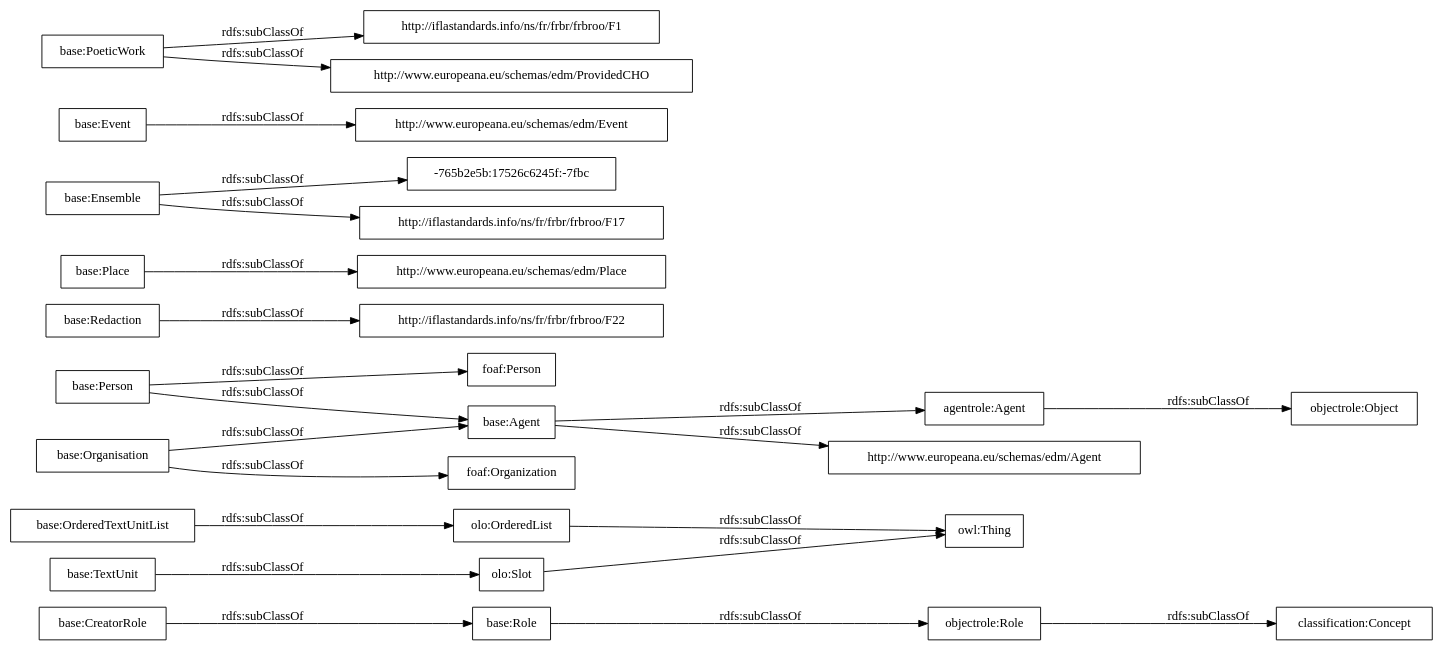
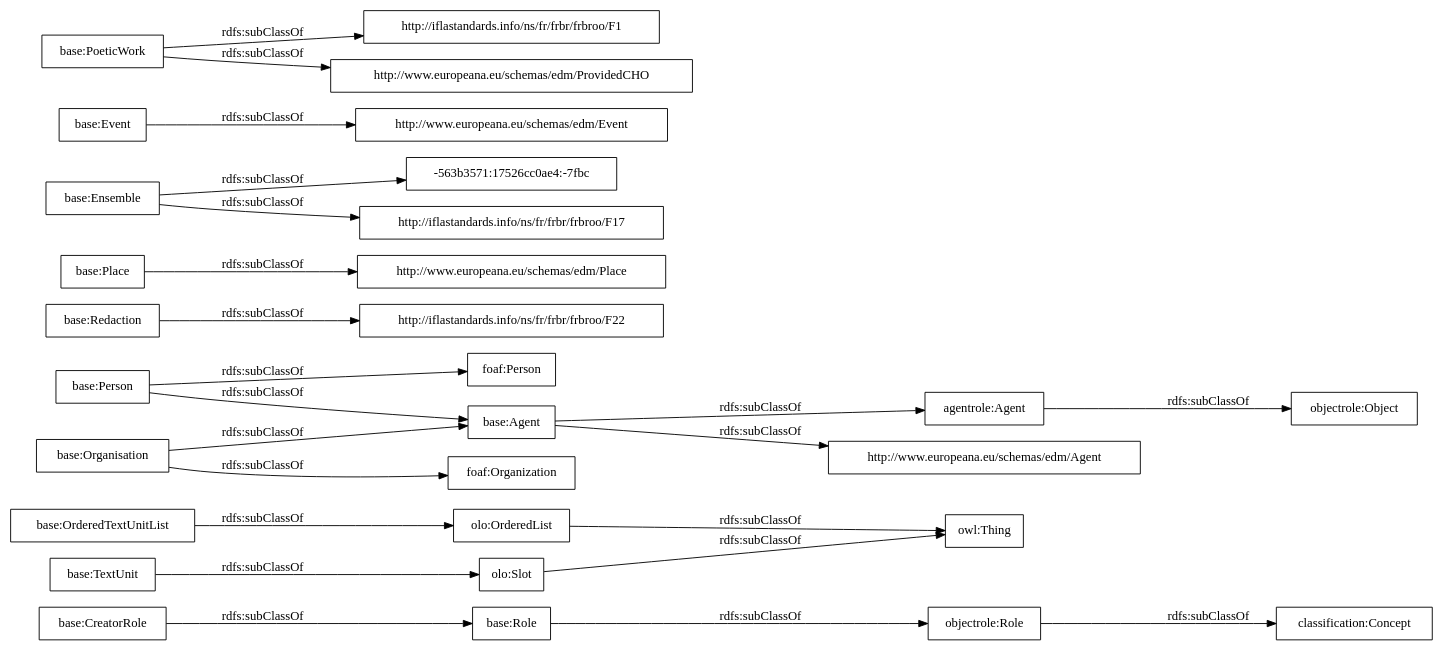
The diagram in OnToology/postdata-core.owl/diagrams/ar2dtool-taxonomy/postdata-core.owl.png.dot (OnToologyUser/core-ontology-1), drawn with Graphviz before and after one commit. The commit also changed 14 other files, not shown here.

```diff
--- a/OnToology/postdata-core.owl/diagrams/ar2dtool-taxonomy/postdata-core.owl.png.dot
+++ b/OnToology/postdata-core.owl/diagrams/ar2dtool-taxonomy/postdata-core.owl.png.dot
@@ -1,27 +1,27 @@
 digraph ar2dtool_diagram { 
 rankdir=LR;
 size="1000"
-node [shape = rectangle, color="black"]; "base:Role" "base:OrderedTextUnitList" "agentrole:Agent" "http://iflastandards.info/ns/fr/frbr/frbroo/F22" "http://www.europeana.eu/schemas/edm/Agent" "base:Agent" "base:CreatorRole" "base:Person" "base:Organisation" "http://www.europeana.eu/schemas/edm/Place" "base:Redaction" "base:Ensemble" "foaf:Person" "http://www.europeana.eu/schemas/edm/Event" "-765b2e5b:17526c6245f:-7fbc" "base:TextUnit" "http://iflastandards.info/ns/fr/frbr/frbroo/F1" "foaf:Organization" "http://www.europeana.eu/schemas/edm/ProvidedCHO" "base:Place" "base:Event" "base:PoeticWork" "http://iflastandards.info/ns/fr/frbr/frbroo/F17" "owl:Thing" "objectrole:Role" "objectrole:Object" "olo:Slot" "olo:OrderedList" "classification:Concept" ; /*classes style*/
+node [shape = rectangle, color="black"]; "base:Role" "base:OrderedTextUnitList" "agentrole:Agent" "http://iflastandards.info/ns/fr/frbr/frbroo/F22" "http://www.europeana.eu/schemas/edm/Agent" "base:Agent" "base:CreatorRole" "base:Person" "base:Organisation" "http://www.europeana.eu/schemas/edm/Place" "base:Redaction" "-563b3571:17526cc0ae4:-7fbc" "base:Ensemble" "foaf:Person" "http://www.europeana.eu/schemas/edm/Event" "base:TextUnit" "http://iflastandards.info/ns/fr/frbr/frbroo/F1" "foaf:Organization" "http://www.europeana.eu/schemas/edm/ProvidedCHO" "base:Place" "base:Event" "base:PoeticWork" "http://iflastandards.info/ns/fr/frbr/frbroo/F17" "owl:Thing" "objectrole:Role" "objectrole:Object" "olo:Slot" "olo:OrderedList" "classification:Concept" ; /*classes style*/
 	"base:Redaction" -> "http://iflastandards.info/ns/fr/frbr/frbroo/F22" [ label = "rdfs:subClassOf" ];
 	"base:Role" -> "objectrole:Role" [ label = "rdfs:subClassOf" ];
 	"base:Event" -> "http://www.europeana.eu/schemas/edm/Event" [ label = "rdfs:subClassOf" ];
 	"base:Person" -> "foaf:Person" [ label = "rdfs:subClassOf" ];
 	"base:Person" -> "base:Agent" [ label = "rdfs:subClassOf" ];
 	"olo:OrderedList" -> "owl:Thing" [ label = "rdfs:subClassOf" ];
 	"olo:Slot" -> "owl:Thing" [ label = "rdfs:subClassOf" ];
 	"base:PoeticWork" -> "http://www.europeana.eu/schemas/edm/ProvidedCHO" [ label = "rdfs:subClassOf" ];
 	"base:PoeticWork" -> "http://iflastandards.info/ns/fr/frbr/frbroo/F1" [ label = "rdfs:subClassOf" ];
 	"base:TextUnit" -> "olo:Slot" [ label = "rdfs:subClassOf" ];
 	"agentrole:Agent" -> "objectrole:Object" [ label = "rdfs:subClassOf" ];
-	"base:Ensemble" -> "-765b2e5b:17526c6245f:-7fbc" [ label = "rdfs:subClassOf" ];
+	"base:Ensemble" -> "-563b3571:17526cc0ae4:-7fbc" [ label = "rdfs:subClassOf" ];
 	"base:Ensemble" -> "http://iflastandards.info/ns/fr/frbr/frbroo/F17" [ label = "rdfs:subClassOf" ];
 	"base:OrderedTextUnitList" -> "olo:OrderedList" [ label = "rdfs:subClassOf" ];
 	"base:Agent" -> "agentrole:Agent" [ label = "rdfs:subClassOf" ];
 	"base:Agent" -> "http://www.europeana.eu/schemas/edm/Agent" [ label = "rdfs:subClassOf" ];
 	"objectrole:Role" -> "classification:Concept" [ label = "rdfs:subClassOf" ];
 	"base:Place" -> "http://www.europeana.eu/schemas/edm/Place" [ label = "rdfs:subClassOf" ];
 	"base:Organisation" -> "foaf:Organization" [ label = "rdfs:subClassOf" ];
 	"base:Organisation" -> "base:Agent" [ label = "rdfs:subClassOf" ];
 	"base:CreatorRole" -> "base:Role" [ label = "rdfs:subClassOf" ];
 
 }
```
